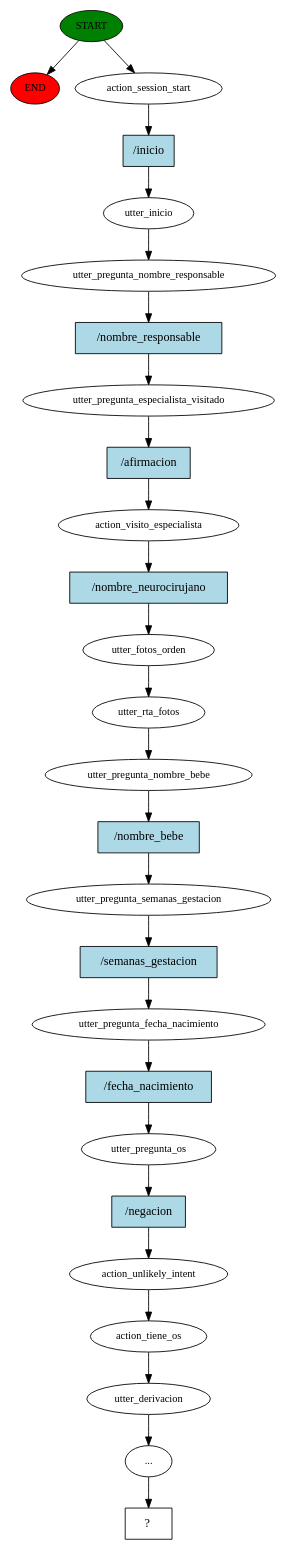
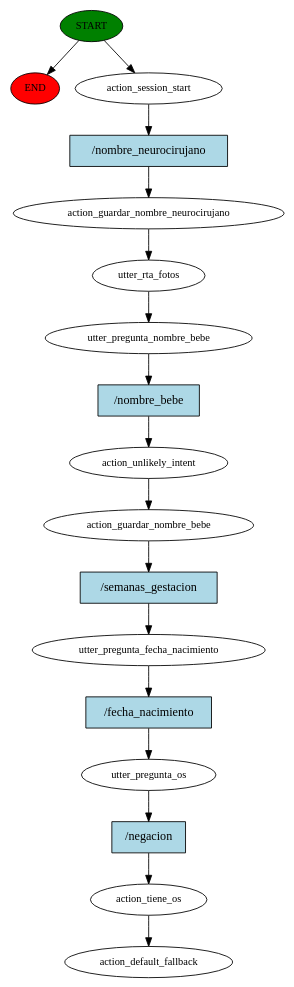
One commit to piabedinicrocci/bot_plagiocefalia changed the diagram in story_graph.dot. Above: the diagram before and after it, drawn with Graphviz. The commit also changed 243 other files, not shown here.

Commit message:
agregadas regex para nombres de neurocirujano y bebe

```diff
--- a/story_graph.dot
+++ b/story_graph.dot
@@ -1,53 +1,35 @@
 digraph  {
 0 [class="start active", fillcolor=green, fontsize=12, label=START, style=filled];
 "-1" [class=end, fillcolor=red, fontsize=12, label=END, style=filled];
 1 [class=active, fontsize=12, label=action_session_start];
-2 [class=active, fontsize=12, label=utter_inicio];
-3 [class=active, fontsize=12, label=utter_pregunta_nombre_responsable];
-4 [class=active, fontsize=12, label=utter_pregunta_especialista_visitado];
-5 [class=active, fontsize=12, label=action_visito_especialista];
-6 [class=active, fontsize=12, label=utter_fotos_orden];
-7 [class=active, fontsize=12, label=utter_rta_fotos];
-8 [class=active, fontsize=12, label=utter_pregunta_nombre_bebe];
-9 [class=active, fontsize=12, label=utter_pregunta_semanas_gestacion];
-10 [class=active, fontsize=12, label=utter_pregunta_fecha_nacimiento];
-11 [class=active, fontsize=12, label=utter_pregunta_os];
-12 [class=active, fontsize=12, label=action_unlikely_intent];
-13 [class=active, fontsize=12, label=action_tiene_os];
-14 [class=active, fontsize=12, label=utter_derivacion];
-15 [class=active, fontsize=12, label="..."];
-16 [class="intent dashed active", label="  ?  ", shape=rect];
-17 [class="intent active", fillcolor=lightblue, label="/inicio", shape=rect, style=filled];
-18 [class="intent active", fillcolor=lightblue, label="/nombre_responsable", shape=rect, style=filled];
-19 [class="intent active", fillcolor=lightblue, label="/afirmacion", shape=rect, style=filled];
-20 [class="intent active", fillcolor=lightblue, label="/nombre_neurocirujano", shape=rect, style=filled];
-21 [class="intent active", fillcolor=lightblue, label="/nombre_bebe", shape=rect, style=filled];
-22 [class="intent active", fillcolor=lightblue, label="/semanas_gestacion", shape=rect, style=filled];
-23 [class="intent active", fillcolor=lightblue, label="/fecha_nacimiento", shape=rect, style=filled];
-24 [class="intent active", fillcolor=lightblue, label="/negacion", shape=rect, style=filled];
+2 [class=active, fontsize=12, label=action_guardar_nombre_neurocirujano];
+3 [class=active, fontsize=12, label=utter_rta_fotos];
+4 [class=active, fontsize=12, label=utter_pregunta_nombre_bebe];
+5 [class=active, fontsize=12, label=action_unlikely_intent];
+6 [class=active, fontsize=12, label=action_guardar_nombre_bebe];
+7 [class=active, fontsize=12, label=utter_pregunta_fecha_nacimiento];
+8 [class=active, fontsize=12, label=utter_pregunta_os];
+9 [class=active, fontsize=12, label=action_tiene_os];
+10 [class="dashed active", fontsize=12, label=action_default_fallback];
+11 [class="intent active", fillcolor=lightblue, label="/nombre_neurocirujano", shape=rect, style=filled];
+12 [class="intent active", fillcolor=lightblue, label="/nombre_bebe", shape=rect, style=filled];
+13 [class="intent active", fillcolor=lightblue, label="/semanas_gestacion", shape=rect, style=filled];
+14 [class="intent active", fillcolor=lightblue, label="/fecha_nacimiento", shape=rect, style=filled];
+15 [class="intent active", fillcolor=lightblue, label="/negacion", shape=rect, style=filled];
 0 -> "-1"  [class="", key=NONE, label=""];
 0 -> 1  [class=active, key=NONE, label=""];
-1 -> 17  [class=active, key=0];
+1 -> 11  [class=active, key=0];
 2 -> 3  [class=active, key=NONE, label=""];
-3 -> 18  [class=active, key=0];
-4 -> 19  [class=active, key=0];
-5 -> 20  [class=active, key=0];
-6 -> 7  [class=active, key=NONE, label=""];
-7 -> 8  [class=active, key=NONE, label=""];
-8 -> 21  [class=active, key=0];
-9 -> 22  [class=active, key=0];
-10 -> 23  [class=active, key=0];
-11 -> 24  [class=active, key=0];
-12 -> 13  [class=active, key=NONE, label=""];
-13 -> 14  [class=active, key=NONE, label=""];
-14 -> 15  [class=active, key=NONE, label=""];
-15 -> 16  [class=active, key=NONE, label=""];
-17 -> 2  [class=active, key=0];
-18 -> 4  [class=active, key=0];
-19 -> 5  [class=active, key=0];
-20 -> 6  [class=active, key=0];
-21 -> 9  [class=active, key=0];
-22 -> 10  [class=active, key=0];
-23 -> 11  [class=active, key=0];
-24 -> 12  [class=active, key=0];
+3 -> 4  [class=active, key=NONE, label=""];
+4 -> 12  [class=active, key=0];
+5 -> 6  [class=active, key=NONE, label=""];
+6 -> 13  [class=active, key=0];
+7 -> 14  [class=active, key=0];
+8 -> 15  [class=active, key=0];
+9 -> 10  [class=active, key=NONE, label=""];
+11 -> 2  [class=active, key=0];
+12 -> 5  [class=active, key=0];
+13 -> 7  [class=active, key=0];
+14 -> 8  [class=active, key=0];
+15 -> 9  [class=active, key=0];
 }
```
